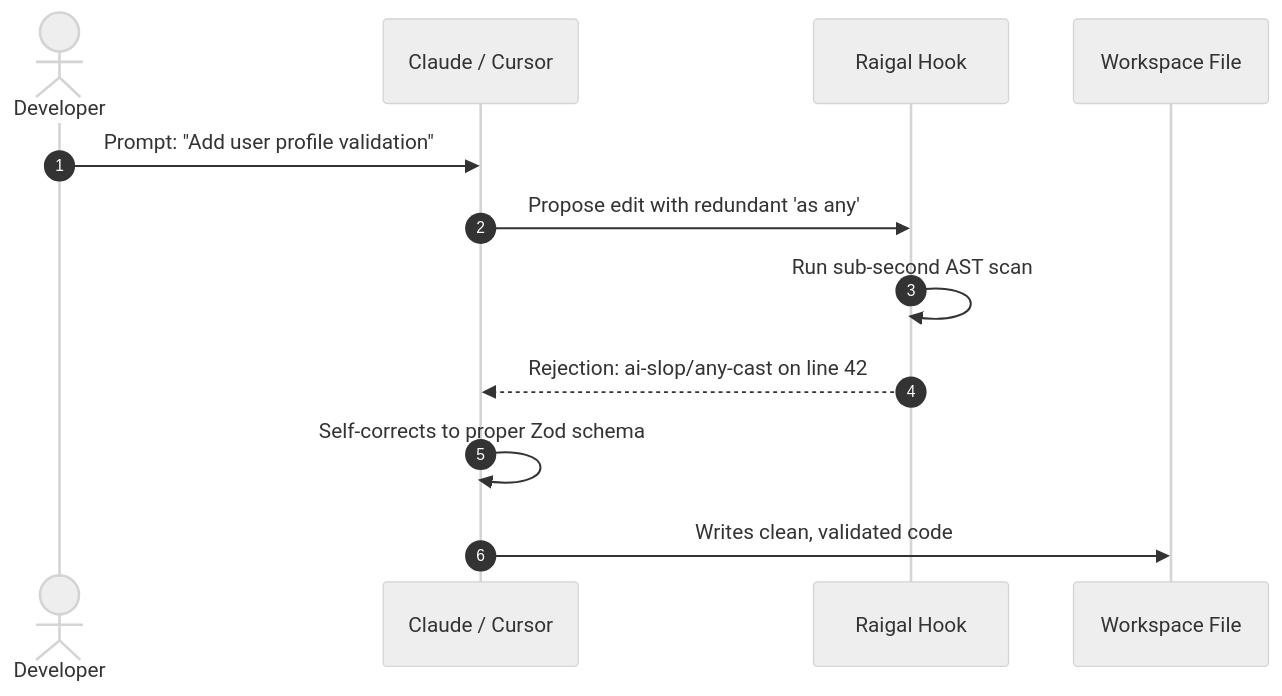
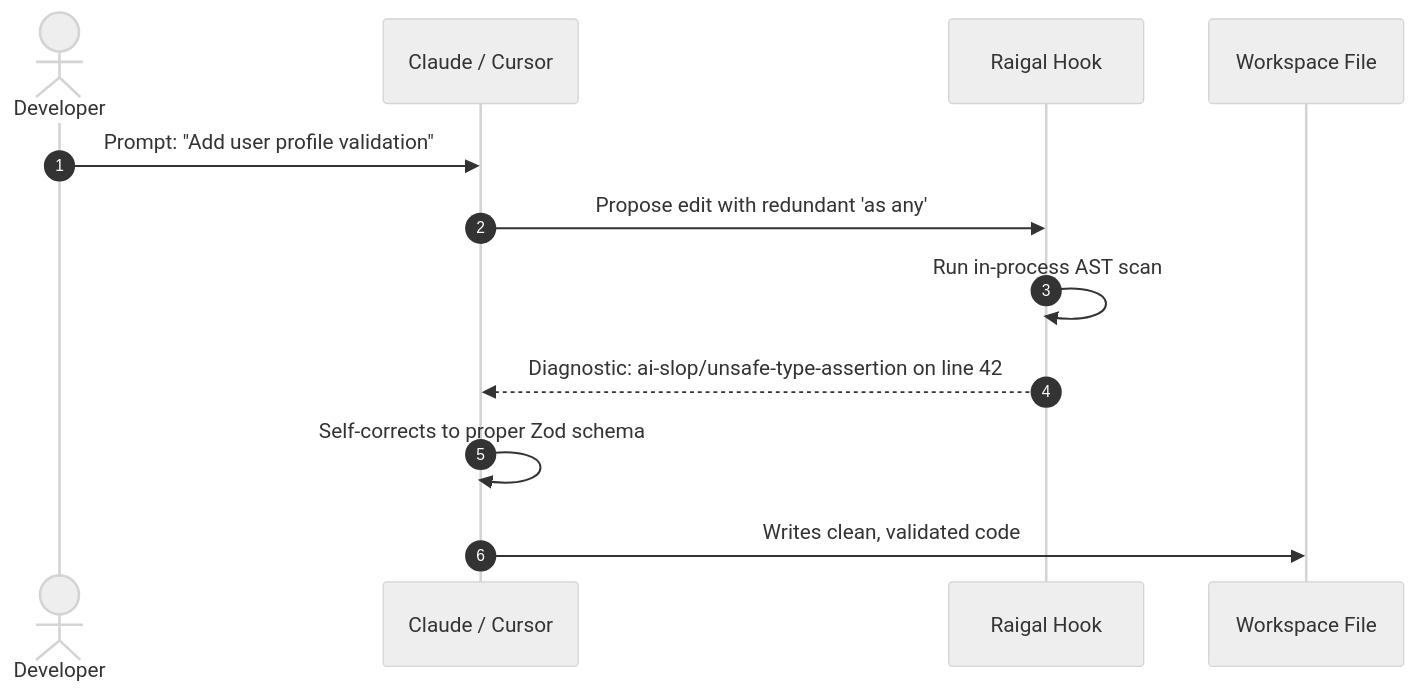
One commit to meethiu/raigal-docs changed the diagram in english/documentation/cli-reference/hooks.md. Above: the diagram before and after it, drawn with Mermaid (neutral theme). The commit also changed other lines of this file and 30 other files, not shown here.

````diff
--- a/english/documentation/cli-reference/hooks.md
+++ b/english/documentation/cli-reference/hooks.md
@@ -17,14 +18,14 @@
 ```mermaid
 sequenceDiagram
     autonumber
     actor Developer
     participant Agent as Claude / Cursor
     participant Hook as Raigal Hook
     participant Code as Workspace File
     Developer->>Agent: Prompt: "Add user profile validation"
     Agent->>Hook: Propose edit with redundant 'as any'
-    Hook->>Hook: Run sub-second AST scan
-    Hook-->>Agent: Rejection: ai-slop/any-cast on line 42
+    Hook->>Hook: Run in-process AST scan
+    Hook-->>Agent: Diagnostic: ai-slop/unsafe-type-assertion on line 42
     Agent->>Agent: Self-corrects to proper Zod schema
     Agent->>Code: Writes clean, validated code
 ```
````
